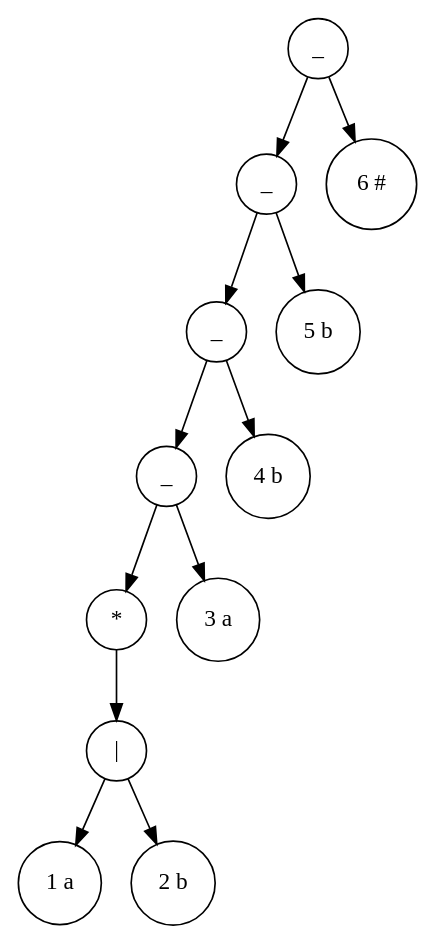
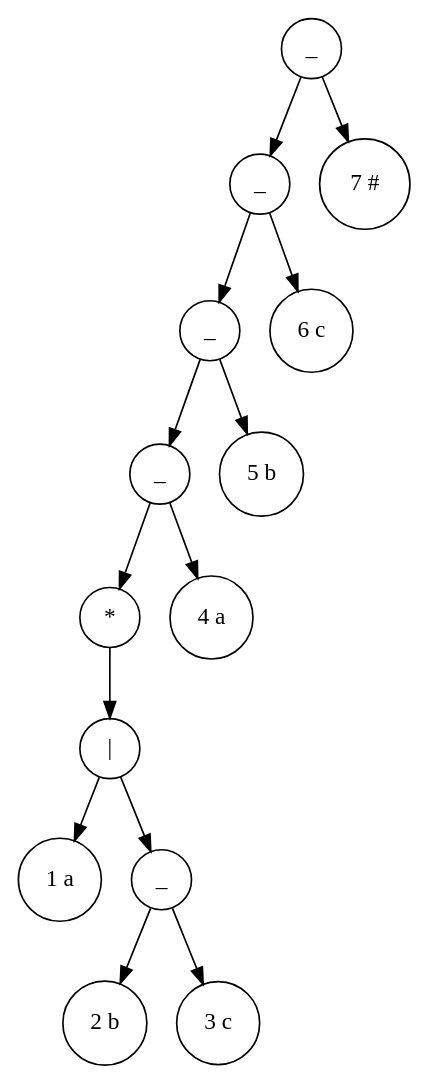
Before and after one commit to x6x4/LAB2_URGENCY: the diagram in tree_output/tree_output.dot, drawn with Graphviz. The commit also changed 6 other files, not shown here.

```diff
--- a/tree_output/tree_output.dot
+++ b/tree_output/tree_output.dot
@@ -1,26 +1,30 @@
 digraph Tree {
 node [shape=circle];
-94800220705344 [label="_"];
-94800220705344 -> 94800220705168;
-94800220705168 [label="_"];
-94800220705168 -> 94800220705024;
-94800220705024 [label="_"];
-94800220705024 -> 94800220704928;
-94800220704928 [label="_"];
-94800220704928 -> 94800220704832;
-94800220704832 [label="*"];
-94800220704832 -> 94800220704784;
-94800220704784 [label="|"];
-94800220704784 -> 94800220704432;
-94800220704432 [label="1 a"];
-94800220704784 -> 94800220704624;
-94800220704624 [label="2 b"];
-94800220704928 -> 94800220704880;
-94800220704880 [label="3 a"];
-94800220705024 -> 94800220704976;
-94800220704976 [label="4 b"];
-94800220705168 -> 94800220705072;
-94800220705072 [label="5 b"];
-94800220705344 -> 94800220705216;
-94800220705216 [label="6 #"];
+93983000532752 [label="_"];
+93983000532752 -> 93983000532544;
+93983000532544 [label="_"];
+93983000532544 -> 93983000532448;
+93983000532448 [label="_"];
+93983000532448 -> 93983000532352;
+93983000532352 [label="_"];
+93983000532352 -> 93983000532256;
+93983000532256 [label="*"];
+93983000532256 -> 93983000532208;
+93983000532208 [label="|"];
+93983000532208 -> 93983000531648;
+93983000531648 [label="1 a"];
+93983000532208 -> 93983000532160;
+93983000532160 [label="_"];
+93983000532160 -> 93983000531840;
+93983000531840 [label="2 b"];
+93983000532160 -> 93983000532000;
+93983000532000 [label="3 c"];
+93983000532352 -> 93983000532304;
+93983000532304 [label="4 a"];
+93983000532448 -> 93983000532400;
+93983000532400 [label="5 b"];
+93983000532544 -> 93983000532496;
+93983000532496 [label="6 c"];
+93983000532752 -> 93983000532592;
+93983000532592 [label="7 #"];
 }
```
